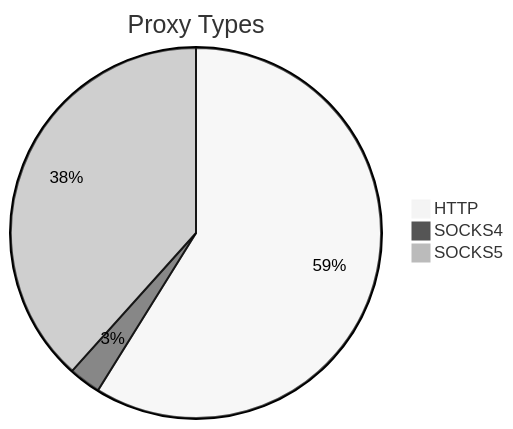
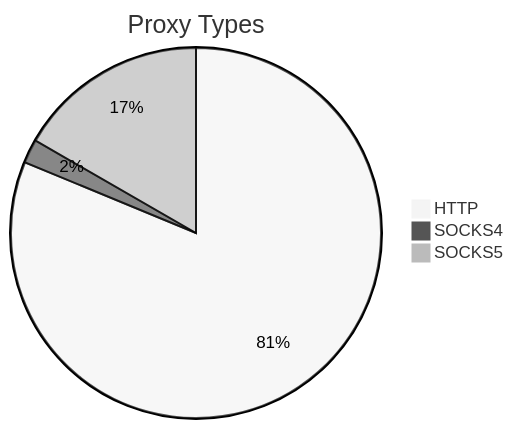
One commit to stormsia/proxy-list changed the first of 2 diagrams in README.md. Above: the diagram before and after it, drawn with Mermaid (neutral theme). The commit also changed other lines of this file, not shown here.

````diff
--- a/README.md
+++ b/README.md
@@ -21,6 +21,6 @@
 ```mermaid
 pie title Proxy Types
-    "HTTP" : 1527
-    "SOCKS4" : 72
-    "SOCKS5" : 995
+    "HTTP" : 1212
+    "SOCKS4" : 31
+    "SOCKS5" : 249
 ```
````
